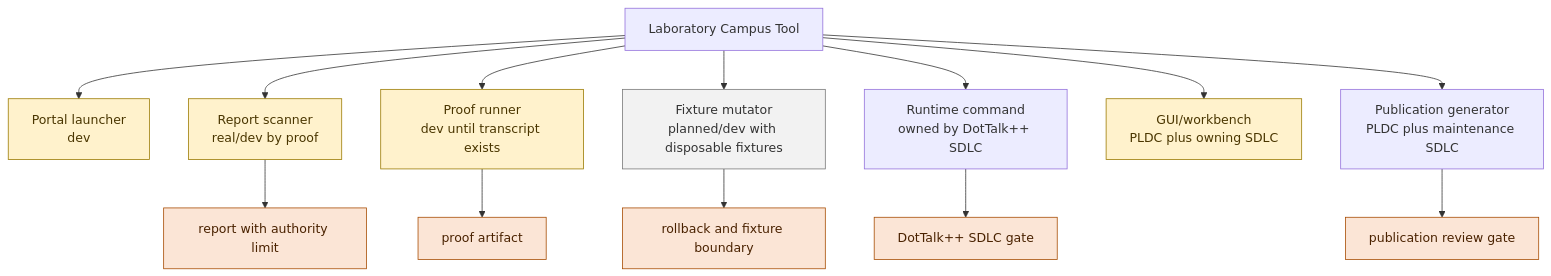
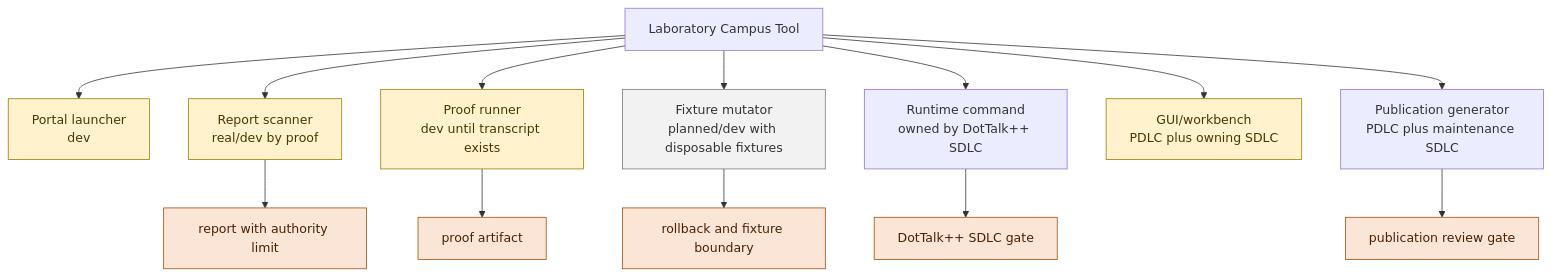
Before and after one commit to deraldg/x64base: the seventh of 8 diagrams in labtalk/diagrams/LABTALK_SDLC_DIAGRAMS_v0.md, drawn with Mermaid. The commit also changed other lines of this file and 68 other files, not shown here.

Commit message:
docs: merge PLDC into PDLC (Project Development Life Cycle); rename 3 lane/planning docs

````diff
--- a/labtalk/diagrams/LABTALK_SDLC_DIAGRAMS_v0.md
+++ b/labtalk/diagrams/LABTALK_SDLC_DIAGRAMS_v0.md
@@ -190,34 +190,34 @@
 ```mermaid
 flowchart TB
     tool["Laboratory Campus Tool"]
 
     portal["Portal launcher<br/>dev"]
     scanner["Report scanner<br/>real/dev by proof"]
     runner["Proof runner<br/>dev until transcript exists"]
     mutator["Fixture mutator<br/>planned/dev with disposable fixtures"]
     runtimecmd["Runtime command<br/>owned by DotTalk++ SDLC"]
-    gui["GUI/workbench<br/>PLDC plus owning SDLC"]
-    publisher["Publication generator<br/>PLDC plus maintenance SDLC"]
+    gui["GUI/workbench<br/>PDLC plus owning SDLC"]
+    publisher["Publication generator<br/>PDLC plus maintenance SDLC"]
 
     tool --> portal
     tool --> scanner
     tool --> runner
     tool --> mutator
     tool --> runtimecmd
     tool --> gui
     tool --> publisher
 
     runner --> proof["proof artifact"]
     scanner --> report["report with authority limit"]
     mutator --> fixture["rollback and fixture boundary"]
     runtimecmd --> dot["DotTalk++ SDLC gate"]
     publisher --> review["publication review gate"]
 
     classDef dev fill:#fff2cc,stroke:#9a7a00,color:#4a3600
     classDef planned fill:#f2f2f2,stroke:#777,color:#333
     classDef gate fill:#fbe5d6,stroke:#a64b00,color:#4a2200
 
     class portal,scanner,runner,gui dev
     class mutator planned
     class proof,report,fixture,dot,review gate
 ```
````
